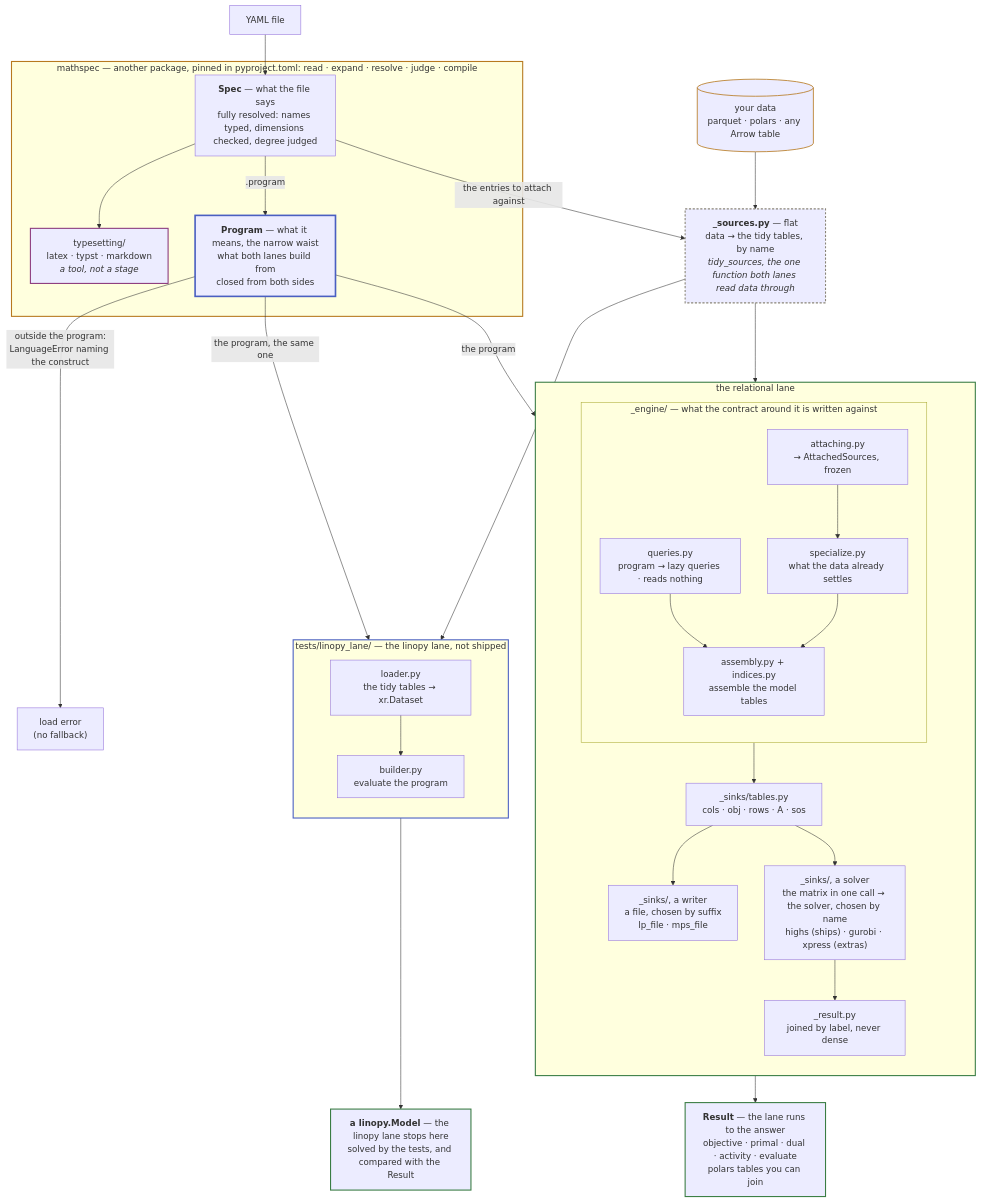
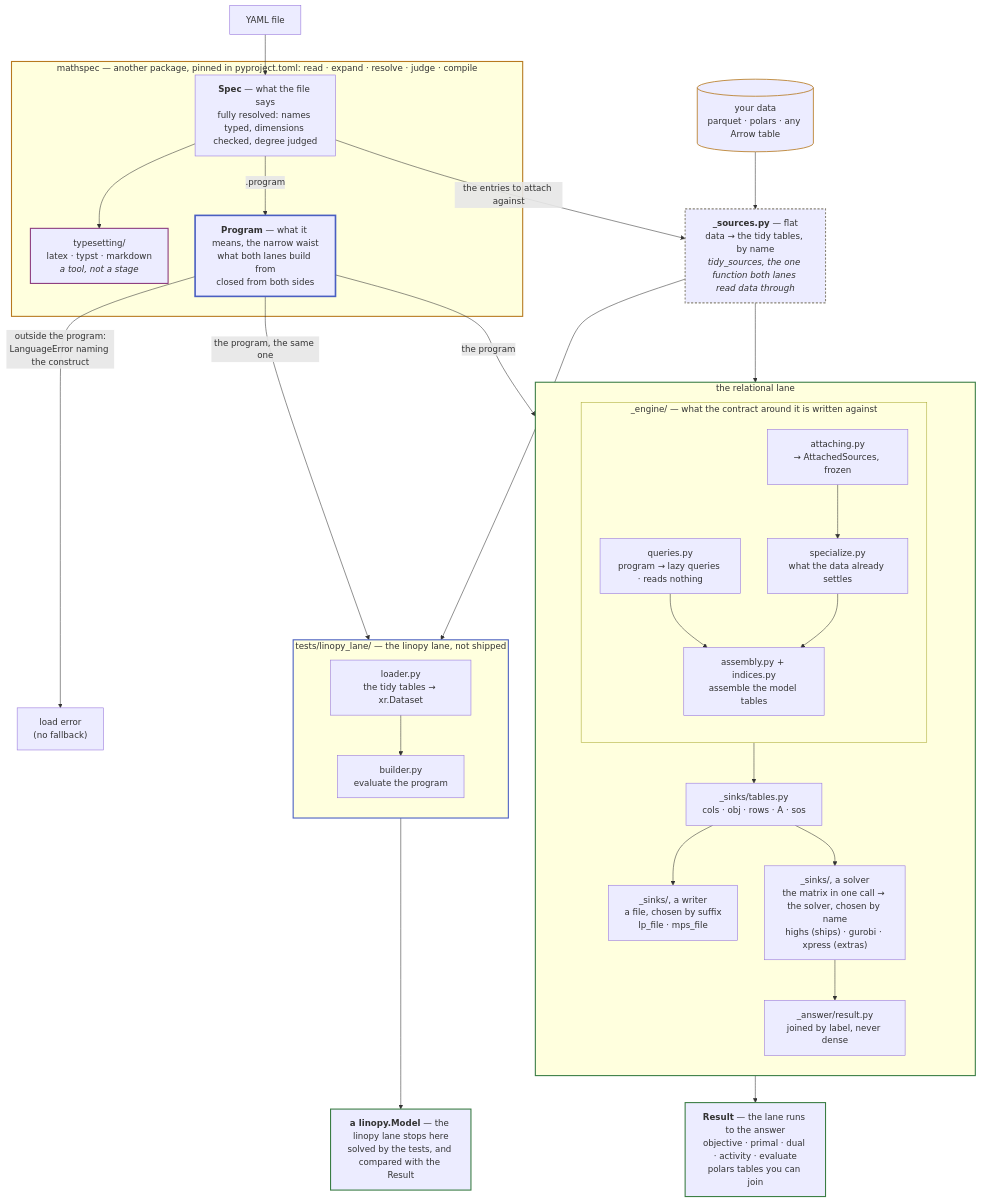
One commit to fluxopt/specsolve changed the diagram in docs/development/architecture.md. Above: the diagram before and after it, drawn with Mermaid. The commit also changed other lines of this file and 38 other files, not shown here.

````diff
--- a/docs/development/architecture.md
+++ b/docs/development/architecture.md
@@ -19,60 +19,60 @@
 ```mermaid
 flowchart TB
     Y[YAML file] --> SPEC
     DATA[("your data<br/>parquet · polars · any Arrow table")] --> SRC
 
     subgraph MS["mathspec — another package, pinned in pyproject.toml: read · expand · resolve · judge · compile"]
         SPEC["<b>Spec</b> — what the file says<br/>fully resolved: names typed, dimensions checked, degree judged"]
         SPEC --> TS["typesetting/<br/>latex · typst · markdown<br/><i>a tool, not a stage</i>"]
         SPEC -->|".program"| PLAN["<b>Program</b> — what it means, the narrow waist<br/>what both lanes build from<br/>closed from both sides"]
     end
 
     SPEC -->|"the entries to attach against"| SRC
     SRC["<b>_sources.py</b> — flat<br/>data → the tidy tables, by name<br/><i>tidy_sources, the one function both lanes read data through</i>"]
 
     PLAN -->|"outside the program:<br/>LanguageError naming the construct"| ERR["load error<br/>(no fallback)"]
     PLAN -->|"the program"| QUERIES
     SRC --> ATTACH
     PLAN -->|"the program, the same one"| BUILD
     SRC --> LOAD
 
     subgraph REL["the relational lane"]
         direction TB
         subgraph ENG["_engine/ — what the contract around it is written against"]
             direction TB
             QUERIES["queries.py<br/>program → lazy queries · reads nothing"] --> ENGINE
             ATTACH["attaching.py<br/>→ AttachedSources, frozen"] --> SPECIALIZE["specialize.py<br/>what the data already settles"]
             SPECIALIZE --> ENGINE["assembly.py + indices.py<br/>assemble the model tables"]
         end
         ENG --> TABLES["_sinks/tables.py<br/>cols · obj · rows · A · sos"]
         TABLES --> LPS["_sinks/, a writer<br/>a file, chosen by suffix<br/>lp_file · mps_file"]
         TABLES --> DIRECT["_sinks/, a solver<br/>the matrix in one call → the solver, chosen by name<br/>highs (ships) · gurobi · xpress (extras)"]
-        DIRECT --> SOL["_result.py<br/>joined by label, never dense"]
+        DIRECT --> SOL["_answer/result.py<br/>joined by label, never dense"]
     end
 
     SOL --> ANS["<b>Result</b> — the lane runs to the answer<br/>objective · primal · dual · activity · evaluate<br/>polars tables you can join"]
 
     subgraph LIN["tests/linopy_lane/ — the linopy lane, not shipped"]
         direction TB
         LOAD["loader.py<br/>the tidy tables → xr.Dataset"] --> BUILD["builder.py<br/>evaluate the program"]
     end
 
     BUILD --> MODEL["<b>a linopy.Model</b> — the linopy lane stops here<br/>solved by the tests, and compared with the Result"]
 
     classDef laneL stroke:#b7791f,stroke-width:2px
     classDef laneR stroke:#3a7d44,stroke-width:2px
     classDef laneE stroke:#4a5fc1,stroke-width:2px
     classDef laneT stroke:#8b3a7d,stroke-width:2px
     classDef waist stroke:#4a5fc1,stroke-width:3px
     classDef flat stroke:#8a8578,stroke-width:2px,stroke-dasharray:4 3
     classDef data stroke:#b7791f,stroke-width:1.5px
     classDef out stroke:#3a7d44,stroke-width:2px
     class MS laneL
     class REL laneR
     class LIN laneE
     class TS laneT
     class PLAN waist
     class SRC flat
     class DATA data
     class ANS,MODEL out
 ```
````
